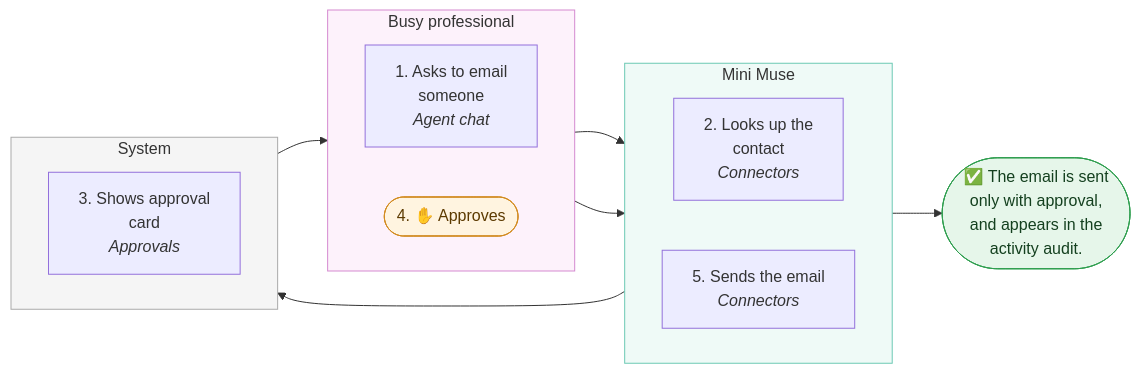
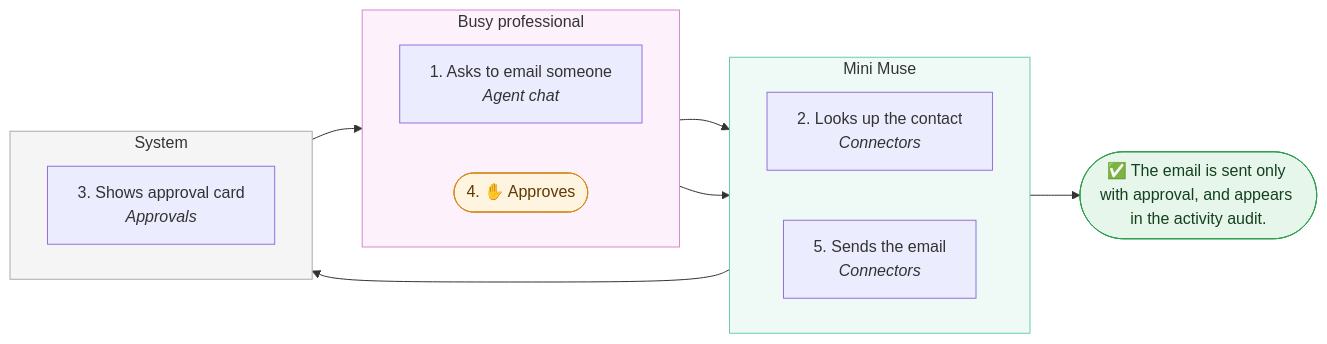
One commit to lngsa1234/mini-muse-mvp changed the fifth of 6 diagrams in docs/product/baseline.md. Above: the diagram before and after it, drawn with Mermaid. The commit also changed other lines of this file, not shown here.

First line of the commit message:
docs: product baseline diagrams back to one-line labels (AgentForge plugin 0.4.4)

````diff
--- a/docs/product/baseline.md
+++ b/docs/product/baseline.md
@@ -225,30 +225,30 @@
 ```mermaid
 flowchart LR
   subgraph user_lane["Busy professional"]
     direction LR
-    s1["1. Asks to email<br/>someone<br/><i>Agent chat</i>"]
+    s1["1. Asks to email someone<br/><i>Agent chat</i>"]
     s4(["4. ✋ Approves"])
   end
   subgraph agent_lane["Mini Muse"]
     direction LR
-    s2["2. Looks up the<br/>contact<br/><i>Connectors</i>"]
+    s2["2. Looks up the contact<br/><i>Connectors</i>"]
     s5["5. Sends the email<br/><i>Connectors</i>"]
   end
   subgraph system_lane["System"]
     direction LR
-    s3["3. Shows approval<br/>card<br/><i>Approvals</i>"]
+    s3["3. Shows approval card<br/><i>Approvals</i>"]
   end
   s1 --> s2
   s2 --> s3
   s3 --> s4
   s4 --> s5
-  done(["✅ The email is sent<br/>only with approval,<br/>and appears in the<br/>activity audit."])
+  done(["✅ The email is sent only with approval, and appears in the activity audit."])
   s5 --> done
   classDef approval fill:#fff4e0,stroke:#d18a1f,color:#5c3a00
   classDef outcome fill:#e6f6ea,stroke:#2f9e4f,color:#14401f
   style user_lane fill:#fdf2fb,stroke:#d58ad0
   style agent_lane fill:#effaf7,stroke:#6cc9b4
   style system_lane fill:#f5f5f5,stroke:#aaa
   class s4 approval
   class done outcome
 ```
````
